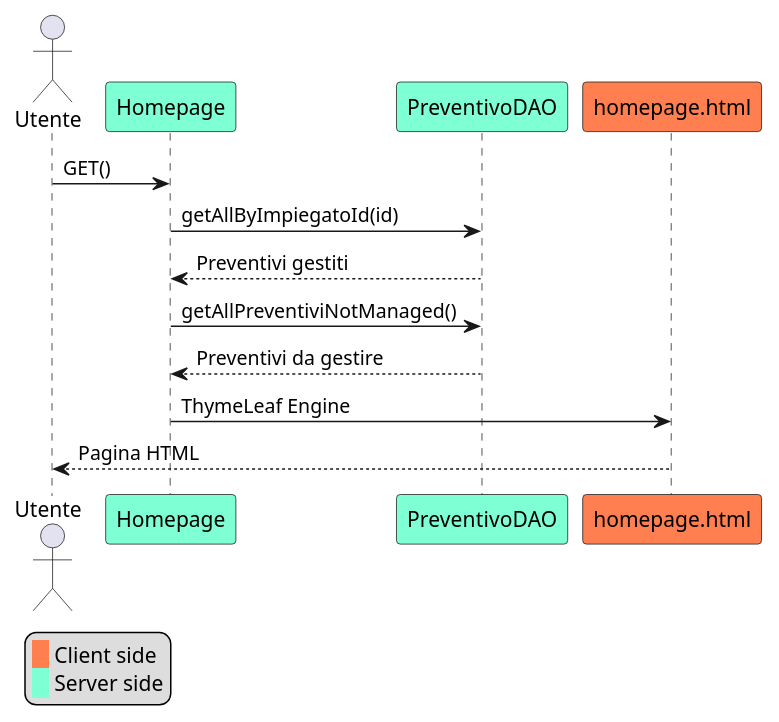
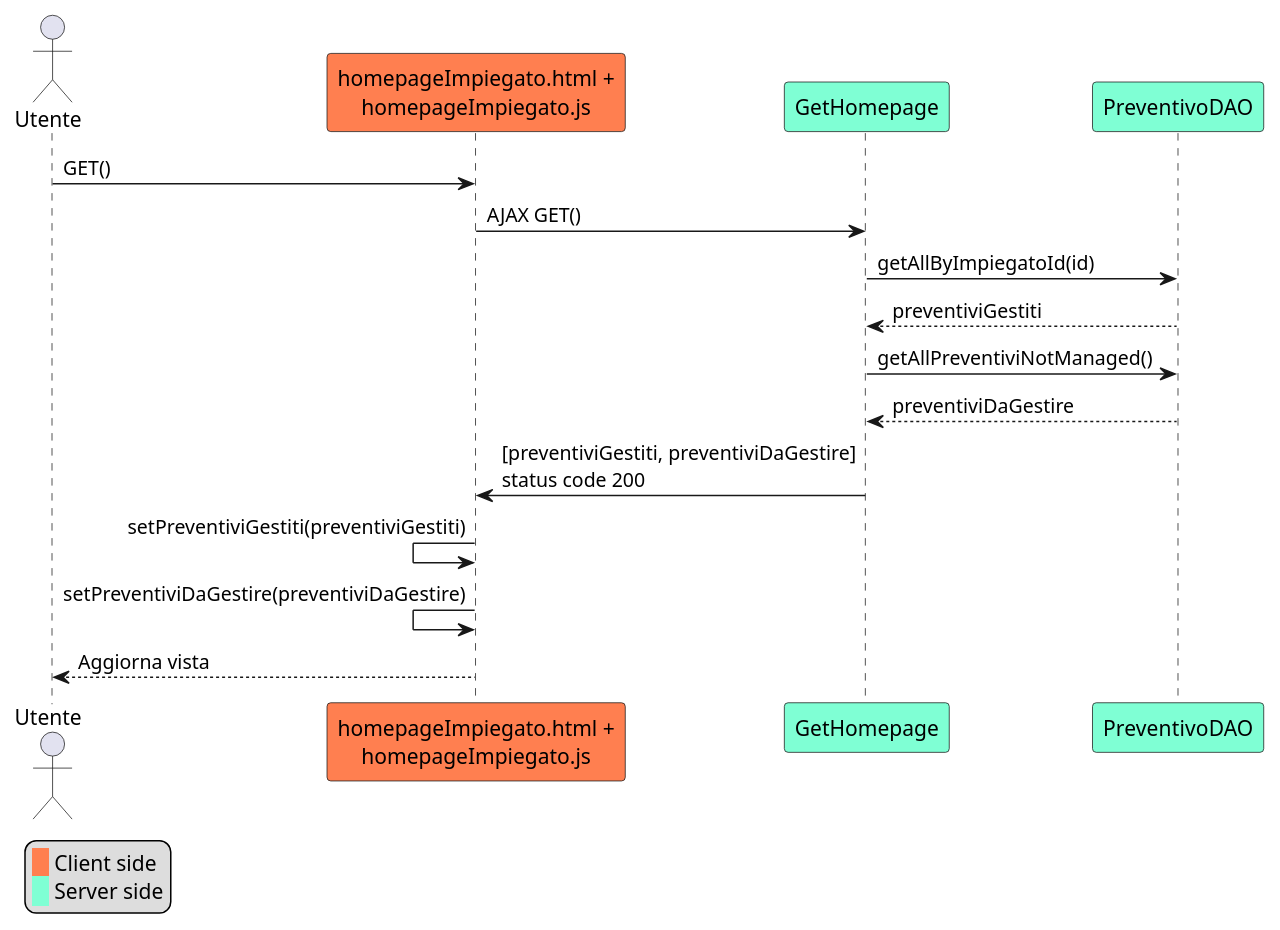
One commit to jonnysciar/TIW_Project changed the diagram in doc/sequence_diagrams/JS/homepageImpiegatoJS.puml. Above: the diagram before and after it, drawn with PlantUML. The commit also changed 8 other files, not shown here.

Commit message:
JS sequence diagram complete

```diff
--- a/doc/sequence_diagrams/JS/homepageImpiegatoJS.puml
+++ b/doc/sequence_diagrams/JS/homepageImpiegatoJS.puml
@@ -1,22 +1,28 @@
 @startuml
 legend left
  <back:#coral>   </back> Client side
  <back:#aquamarine>   </back> Server side
 endlegend
 
 actor Utente as utente
+skinparam ParticipantBackgroundColor coral
+participant "homepageImpiegato.html +\nhomepageImpiegato.js" as homepage
 skinparam ParticipantBackgroundColor aquamarine
-participant Homepage
+participant GetHomepage
 participant PreventivoDAO
-skinparam ParticipantBackgroundColor coral
-participant "homepage.html" as homepage
 
-utente -> Homepage: GET()
+
+utente -> homepage: GET()
 skinparam ParticipantBackgroundColor aquamarine
-Homepage -> PreventivoDAO: getAllByImpiegatoId(id)
-PreventivoDAO --> Homepage: Preventivi gestiti 
-Homepage -> PreventivoDAO: getAllPreventiviNotManaged()
-PreventivoDAO --> Homepage: Preventivi da gestire
-Homepage -> homepage: ThymeLeaf Engine
-homepage -->utente: Pagina HTML
+homepage -> GetHomepage: AJAX GET()
+
+
+GetHomepage -> PreventivoDAO: getAllByImpiegatoId(id)
+PreventivoDAO --> GetHomepage: preventiviGestiti
+GetHomepage -> PreventivoDAO: getAllPreventiviNotManaged()
+PreventivoDAO --> GetHomepage: preventiviDaGestire
+GetHomepage -> homepage: [preventiviGestiti, preventiviDaGestire]\nstatus code 200
+homepage <- homepage: setPreventiviGestiti(preventiviGestiti)
+homepage <- homepage: setPreventiviDaGestire(preventiviDaGestire)
+homepage --> utente: Aggiorna vista
 @enduml
```
